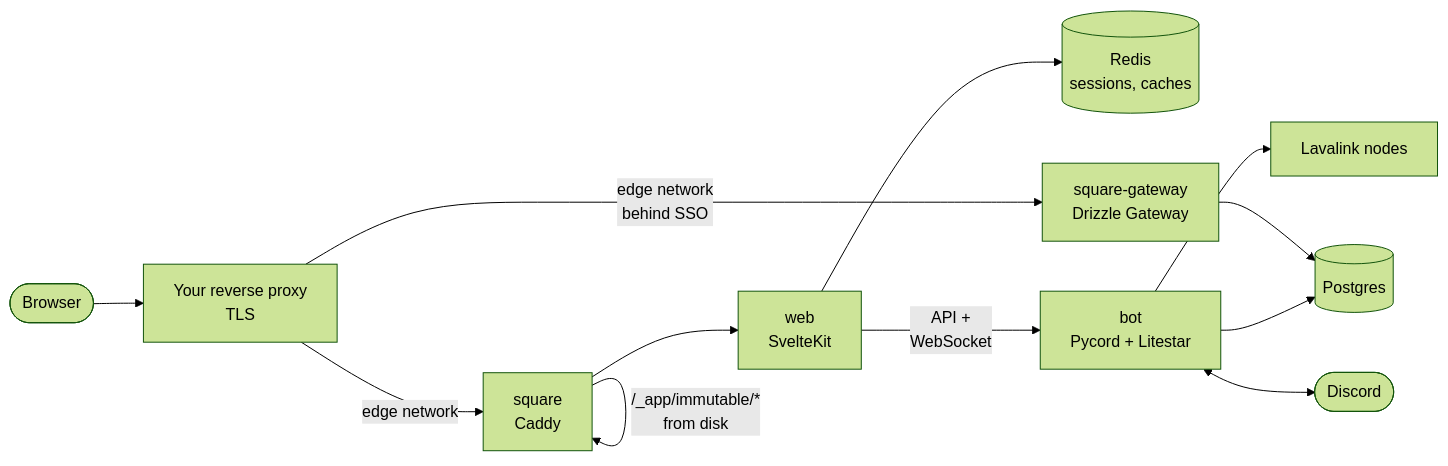
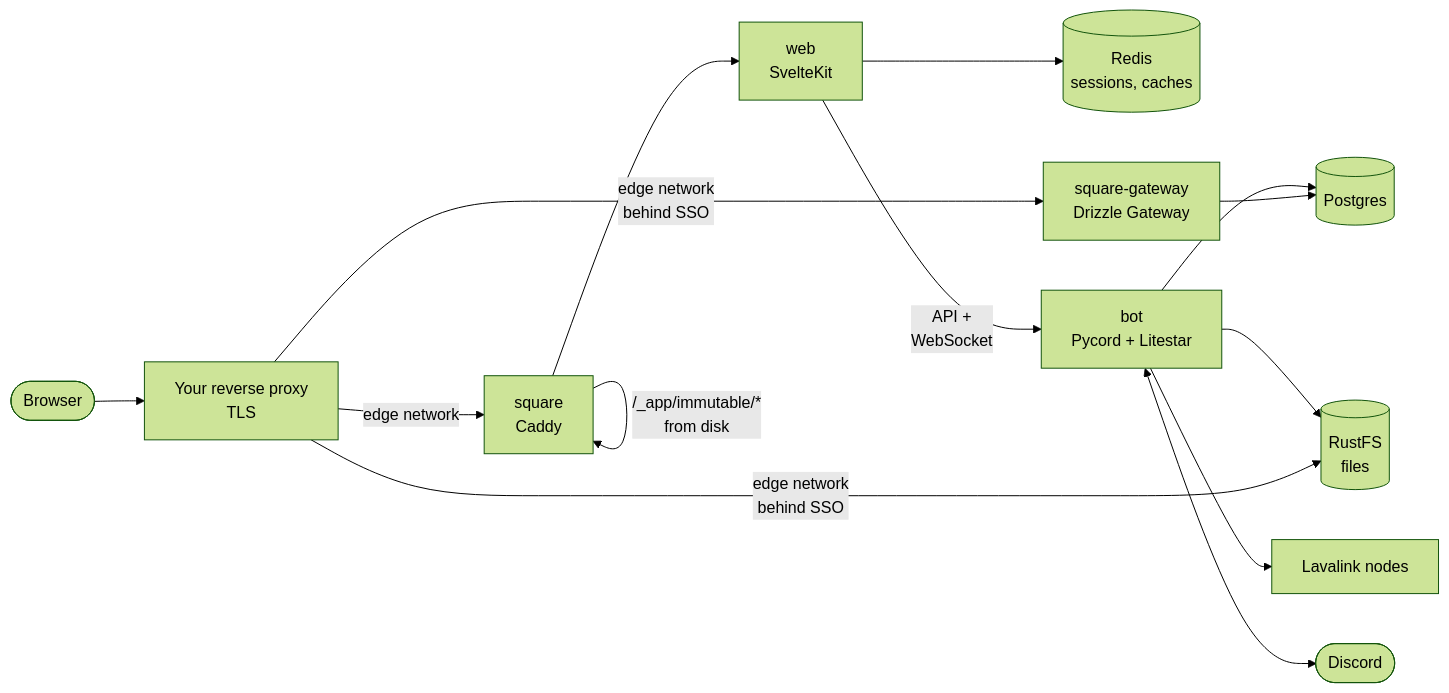
One commit to swayam25/Square-Bot changed the first of 3 diagrams in README.md. Above: the diagram before and after it, drawn with Mermaid (forest theme). The commit also changed other lines of this file and 31 other files, not shown here.

First line of the commit message:
Add RustFS storage for ticket files

````diff
--- a/README.md
+++ b/README.md
@@ -67,14 +79,16 @@
 ```mermaid
 flowchart LR
     user([Browser]) --> proxy[Your reverse proxy<br/>TLS]
     proxy -- edge network --> caddy[square<br/>Caddy]
     caddy -- "/_app/immutable/*<br/>from disk" --> caddy
     caddy --> web[web<br/>SvelteKit]
     web --> redis[(Redis<br/>sessions, caches)]
     web -- "API +<br/>WebSocket" --> bot[bot<br/>Pycord + Litestar]
     bot --> db[(Postgres)]
+    bot --> storage[(RustFS<br/>files)]
     proxy -- "edge network<br/>behind SSO" --> gateway[square-gateway<br/>Drizzle Gateway]
     gateway --> db
+    proxy -- "edge network<br/>behind SSO" --> storage
     bot --> lavalink[Lavalink nodes]
     bot <--> discord([Discord])
 ```
````
